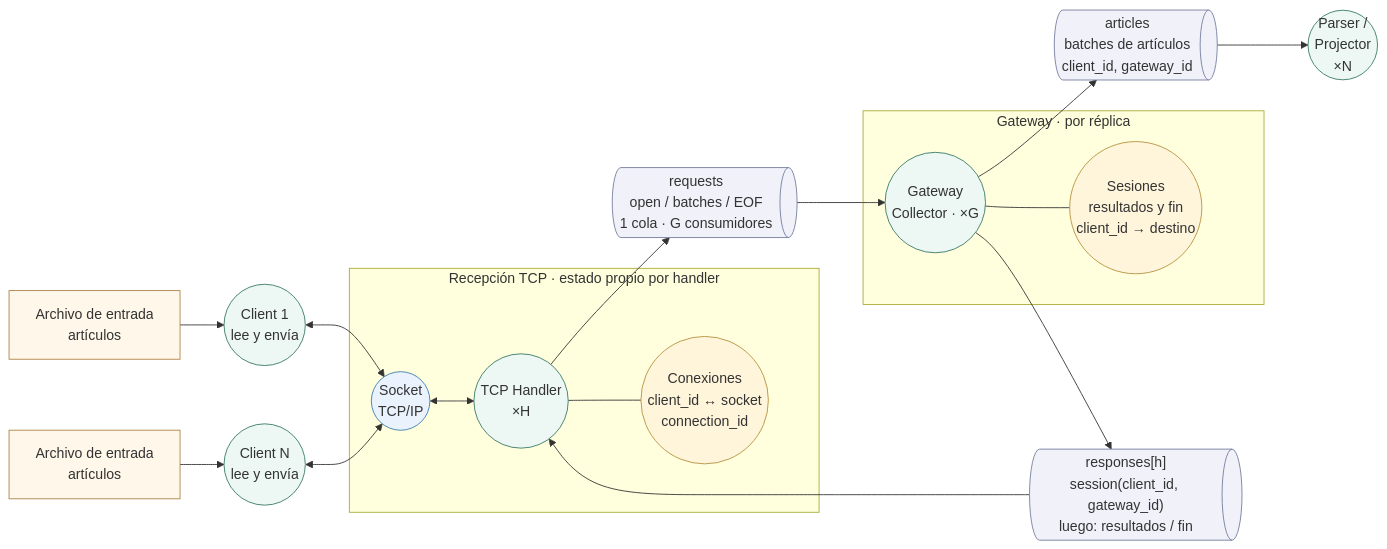
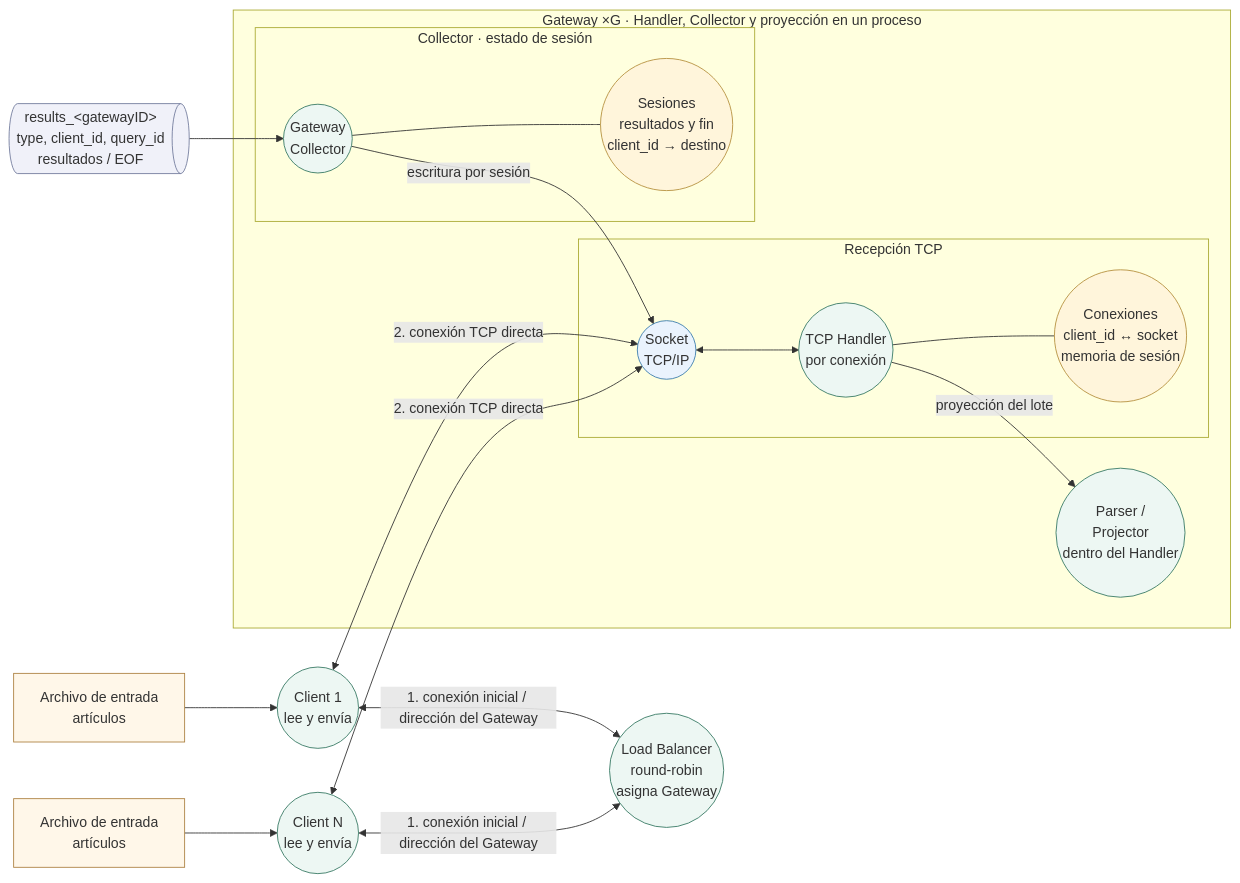
Before and after one commit to NicoPodesta/trabajo-final-distribuidos: the diagram in Diagramas/Robustez/Diagrama-robustez-ingreso.mmd, drawn with Mermaid. The commit also changed 13 other files, not shown here.

Commit message:
Docs: Diagramas de robustez

```diff
--- a/Diagramas/Robustez/Diagrama-robustez-ingreso.mmd
+++ b/Diagramas/Robustez/Diagrama-robustez-ingreso.mmd
@@ -1,49 +1,51 @@
 %% Ingreso · archivos, clientes y Parser
 %% Fuente semántica; SVG y PNG usan una distribución fija para conservar legibilidad.
-%% Cierres: notificación a todos los participantes después de procesar sus datos.
+%% Cierres: se conserva el diseño de réplicas; la coordinación de Q1 todavía está pendiente.
 flowchart LR
-    subgraph TCP["Recepción TCP · estado propio por handler"]
-    API(("Socket<br/>TCP/IP"))
-    RX(("TCP Handler<br/>×H"))
-    CONN(("Conexiones<br/>client_id ↔ socket<br/>connection_id"))
-    end
-    subgraph GATEWAY["Gateway · por réplica"]
-    GW(("Gateway<br/>Collector · ×G"))
-    SESSION(("Sesiones<br/>resultados y fin<br/>client_id → destino"))
-    end
     F1["Archivo de entrada<br/>artículos"]
     C1(("Client 1<br/>lee y envía"))
     FC["Archivo de entrada<br/>artículos"]
     CC(("Client N<br/>lee y envía"))
-    REQQ@{ shape: h-cyl, label: "requests<br/>open / batches / EOF<br/>1 cola · G consumidores" }
-    RESPQ@{ shape: h-cyl, label: "responses[h]<br/>session(client_id, gateway_id)<br/>luego: resultados / fin" }
-    PQ@{ shape: h-cyl, label: "articles<br/>batches de artículos<br/>client_id, gateway_id" }
-    P(("Parser /<br/>Projector<br/>×N"))
+    LB(("Load Balancer<br/>round-robin<br/>asigna Gateway"))
+    subgraph GATEWAY["Gateway ×G · Handler, Collector y proyección en un proceso"]
+    subgraph TCP["Recepción TCP"]
+    API(("Socket<br/>TCP/IP"))
+    RX(("TCP Handler<br/>por conexión"))
+    CONN(("Conexiones<br/>client_id ↔ socket<br/>memoria de sesión"))
+    end
+    subgraph COLLECTOR["Collector · estado de sesión"]
+    GW(("Gateway<br/>Collector"))
+    SESSION(("Sesiones<br/>resultados y fin<br/>client_id → destino"))
+    end
+    P(("Parser /<br/>Projector<br/>dentro del Handler"))
+    end
+    RQ@{ shape: h-cyl, label: "results_&lt;gatewayID&gt;<br/>type, client_id, query_id<br/>resultados / EOF" }
     F1 --> C1
     FC --> CC
-    C1 <--> API
-    CC <--> API
+    C1 <-->|1. conexión inicial / dirección del Gateway| LB
+    C1 <-->|2. conexión TCP directa| API
+    CC <-->|1. conexión inicial / dirección del Gateway| LB
+    CC <-->|2. conexión TCP directa| API
     API <--> RX
-    RX --> REQQ
-    REQQ --> GW
-    GW --> PQ
-    PQ --> P
+    RX -->|proyección del lote| P
     RX --- CONN
     GW --- SESSION
-    GW --> RESPQ
-    RESPQ --> RX
+    RQ --> GW
+    GW -->|escritura por sesión| API
     classDef control fill:#edf7f3,stroke:#377964;
-    class C1,CC,RX,GW,P control;
+    class LB,C1,CC,RX,GW,P control;
     classDef boundary fill:#eaf3fd,stroke:#397bac;
     class API boundary;
     classDef entity fill:#fff5db,stroke:#b6903e;
     class CONN,SESSION entity;
     classDef queue fill:#f0f1f9,stroke:#737d9e;
-    class REQQ,RESPQ,PQ queue;
+    class RQ queue;
     classDef exchange fill:#f0f1f9,stroke:#737d9e;
     classDef file fill:#fff7e9,stroke:#ad8242;
     class F1,FC file;
     classDef actor fill:white,stroke:#526579;
-%% Cola compartida: Todos los Gateways consumen requests. Cada batch lo toma un Gateway. Se pueden agregar Gateways a esa misma cola para atender más trabajo.
-%% Identidad y resultados: El Gateway que consume open asigna client_id y queda como recolector. Avisa al handler el client_id y el Gateway que reunirá los resultados. Los batches conservan esos datos aunque los atienda otro Gateway.
-%% Hasta Parser y cierre: Gateway publica los batches en articles. Parser proyecta campos para cada rama. El cierre espera a que se completen todos los batches. Recibir EOF no indica que ese trabajo ya terminó.
+%% Conexión: Primero, Load Balancer devuelve la dirección de un Gateway por round-robin. El cliente cierra esa conexión y abre una sesión TCP directa con el Gateway asignado. Handler, Collector y proyección viven en ese proceso.
+%% Identidad y resultados: Handler asigna client_id = gatewayID + secuencia local. Las sesiones mantienen socket y cierre por consulta. Collector consume results_<gatewayID> y escribe por la sesión, con mutex compartido con los ACK.
+%% Hasta Parser y cierre: Handler proyecta los lotes directamente hacia las colas de cada rama. Se conserva la perspectiva de réplicas; la coordinación del cierre de Q1 sigue pendiente.
+
+%% Asignación inicial: El cliente se conecta al Load Balancer, recibe GatewayAssignment con la dirección elegida por round-robin y cierra esa conexión. Luego abre la sesión TCP directamente con el Gateway; artículos y resultados no pasan por el balanceador.
```
